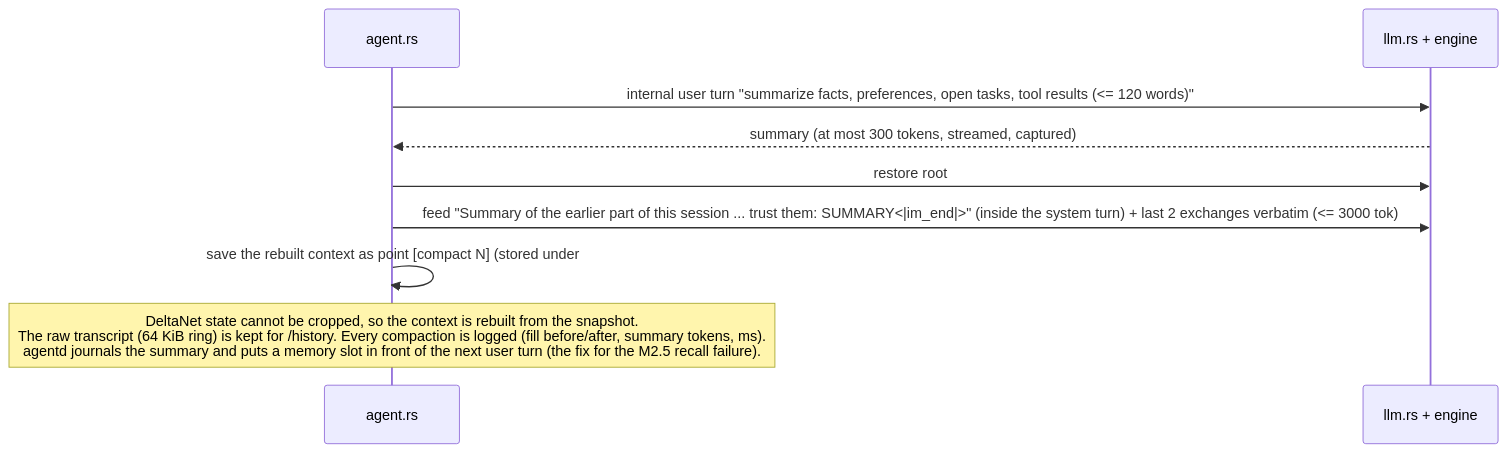
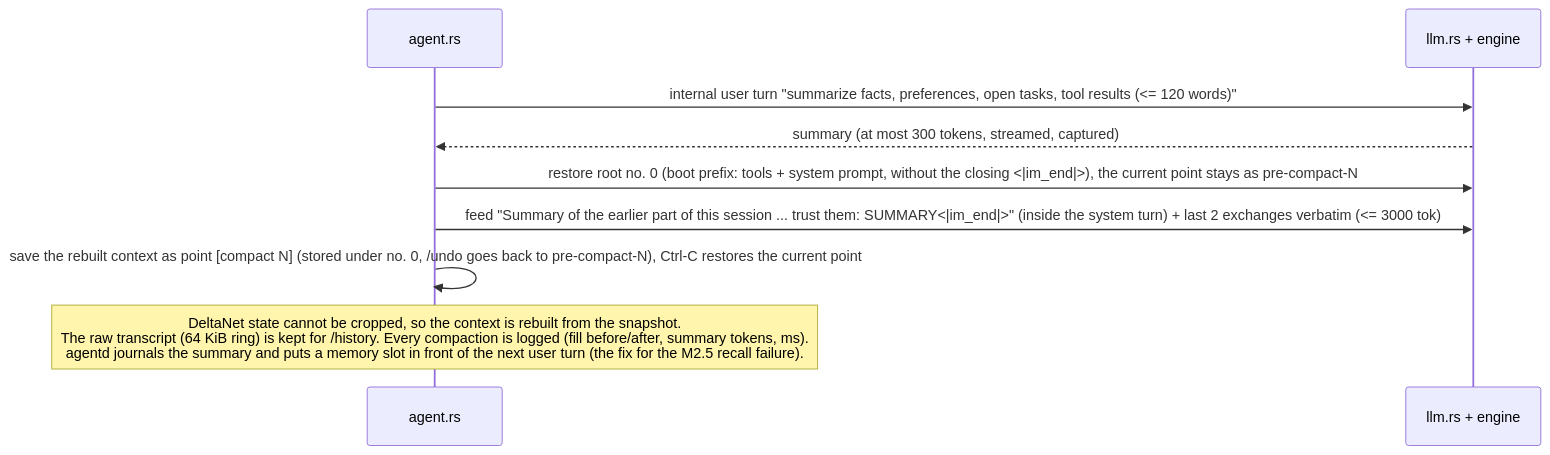
The fifth of 5 diagrams in docs/ARCHITECTURE.md (tcsenpai/ringzero), drawn with Mermaid before and after one commit. The commit also changed other lines of this file and 3 other files, not shown here.

Commit message:
docs: fix ARCHITECTURE sequence diagrams that did not parse, add the diagrams as a PDF

````diff
--- a/docs/ARCHITECTURE.md
+++ b/docs/ARCHITECTURE.md
@@ -241,11 +243,11 @@
 ```mermaid
 sequenceDiagram
     participant A as agent.rs
     participant L as llm.rs + engine
     A->>L: internal user turn "summarize facts, preferences, open tasks, tool results (<= 120 words)"
     L-->>A: summary (at most 300 tokens, streamed, captured)
-    A->>L: restore root #0 (boot prefix: tools + system prompt, without the closing <|im_end|>); the current point stays as pre-compact-N
+    A->>L: restore root no. 0 (boot prefix: tools + system prompt, without the closing <|im_end|>), the current point stays as pre-compact-N
     A->>L: feed "Summary of the earlier part of this session ... trust them: SUMMARY<|im_end|>" (inside the system turn) + last 2 exchanges verbatim (<= 3000 tok)
-    A->>A: save the rebuilt context as point [compact N] (stored under #0, /undo goes back to pre-compact-N); Ctrl-C restores the current point
+    A->>A: save the rebuilt context as point [compact N] (stored under no. 0, /undo goes back to pre-compact-N), Ctrl-C restores the current point
     Note over A: DeltaNet state cannot be cropped, so the context is rebuilt from the snapshot.<br/>The raw transcript (64 KiB ring) is kept for /history. Every compaction is logged (fill before/after, summary tokens, ms).<br/>agentd journals the summary and puts a memory slot in front of the next user turn (the fix for the M2.5 recall failure).
 ```
````
